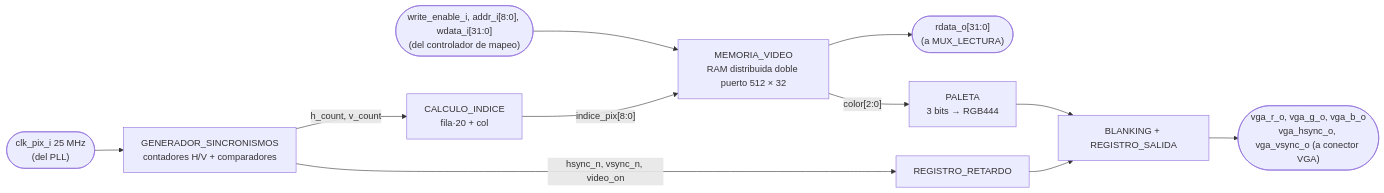
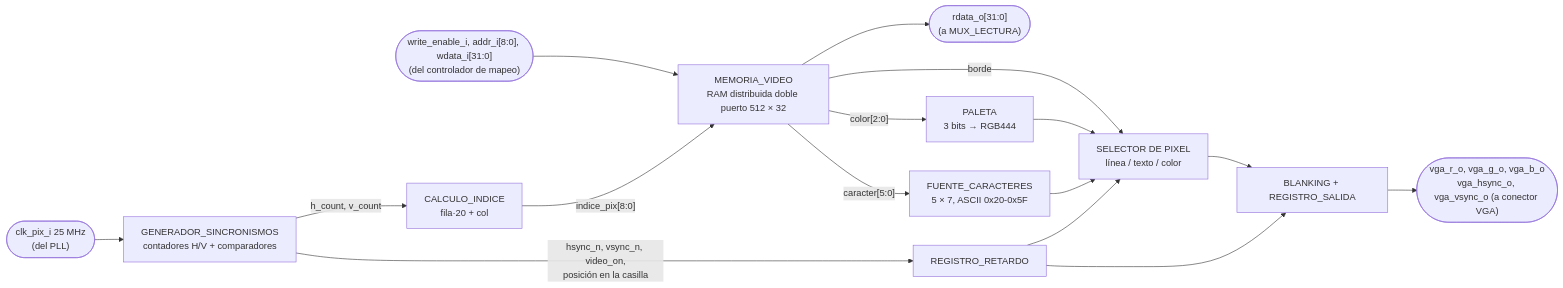
The first of 2 diagrams in docs/diseño/modulos/PERIFERICO_VGA.md (Taller-de-diseno-digital-GR01/Proyecto-3-Batalla-Naval), drawn with Mermaid before and after one commit. The commit also changed other lines of this file and 10 other files, not shown here.

````diff
--- a/docs/diseño/modulos/PERIFERICO_VGA.md
+++ b/docs/diseño/modulos/PERIFERICO_VGA.md
@@ -13,14 +14,19 @@
 ```mermaid
 flowchart LR
     IN_BUS(["write_enable_i, addr_i[8:0], wdata_i[31:0]<br/>(del controlador de mapeo)"]) --> MEM["MEMORIA_VIDEO<br/>RAM distribuida doble puerto 512 × 32"]
     MEM --> OUT_RD(["rdata_o[31:0]<br/>(a MUX_LECTURA)"])
 
     IN_PIX(["clk_pix_i 25 MHz<br/>(del PLL)"]) --> SYNC["GENERADOR_SINCRONISMOS<br/>contadores H/V + comparadores"]
     SYNC -->|"h_count, v_count"| IDX["CALCULO_INDICE<br/>fila·20 + col"]
     IDX -->|"indice_pix[8:0]"| MEM
     MEM -->|"color[2:0]"| PAL["PALETA<br/>3 bits → RGB444"]
-    SYNC -->|"hsync_n, vsync_n, video_on"| RET["REGISTRO_RETARDO"]
-    PAL --> SAL["BLANKING + REGISTRO_SALIDA"]
+    MEM -->|"caracter[5:0]"| FUE["FUENTE_CARACTERES<br/>5 × 7, ASCII 0x20-0x5F"]
+    MEM -->|"borde"| SEL
+    SYNC -->|"hsync_n, vsync_n, video_on,<br/>posición en la casilla"| RET["REGISTRO_RETARDO"]
+    PAL --> SEL["SELECTOR DE PIXEL<br/>línea / texto / color"]
+    FUE --> SEL
+    SEL --> SAL["BLANKING + REGISTRO_SALIDA"]
+    RET --> SEL
     RET --> SAL
     SAL --> OUT_VGA(["vga_r_o, vga_g_o, vga_b_o<br/>vga_hsync_o, vga_vsync_o (a conector VGA)"])
 ```
````
